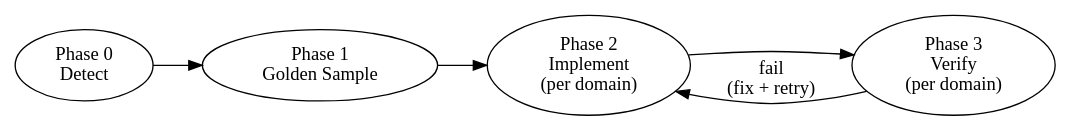
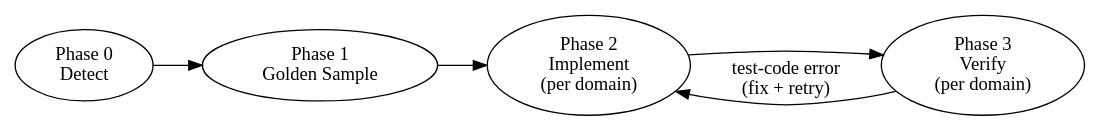
One commit to narashin/nara-kit changed the first of 2 diagrams in skills/nara-test-implement/references/pipeline.md. Above: the diagram before and after it, drawn with Graphviz. The commit also changed other lines of this file and 13 other files, not shown here.

````diff
--- a/skills/nara-test-implement/references/pipeline.md
+++ b/skills/nara-test-implement/references/pipeline.md
@@ -5,12 +5,12 @@
 ```dot
 digraph pipeline {
   rankdir=LR;
   detect [label="Phase 0\nDetect"];
   golden [label="Phase 1\nGolden Sample"];
   implement [label="Phase 2\nImplement\n(per domain)"];
   verify [label="Phase 3\nVerify\n(per domain)"];
   
   detect -> golden -> implement -> verify;
-  verify -> implement [label="fail\n(fix + retry)"];
+  verify -> implement [label="test-code error\n(fix + retry)"];
 }
 ```
````
